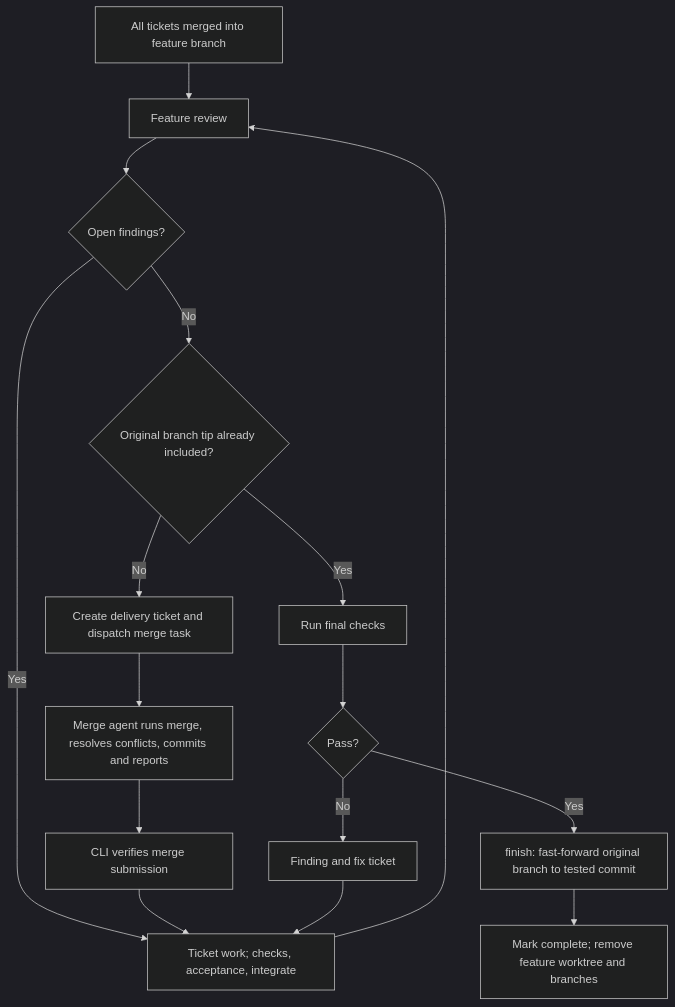
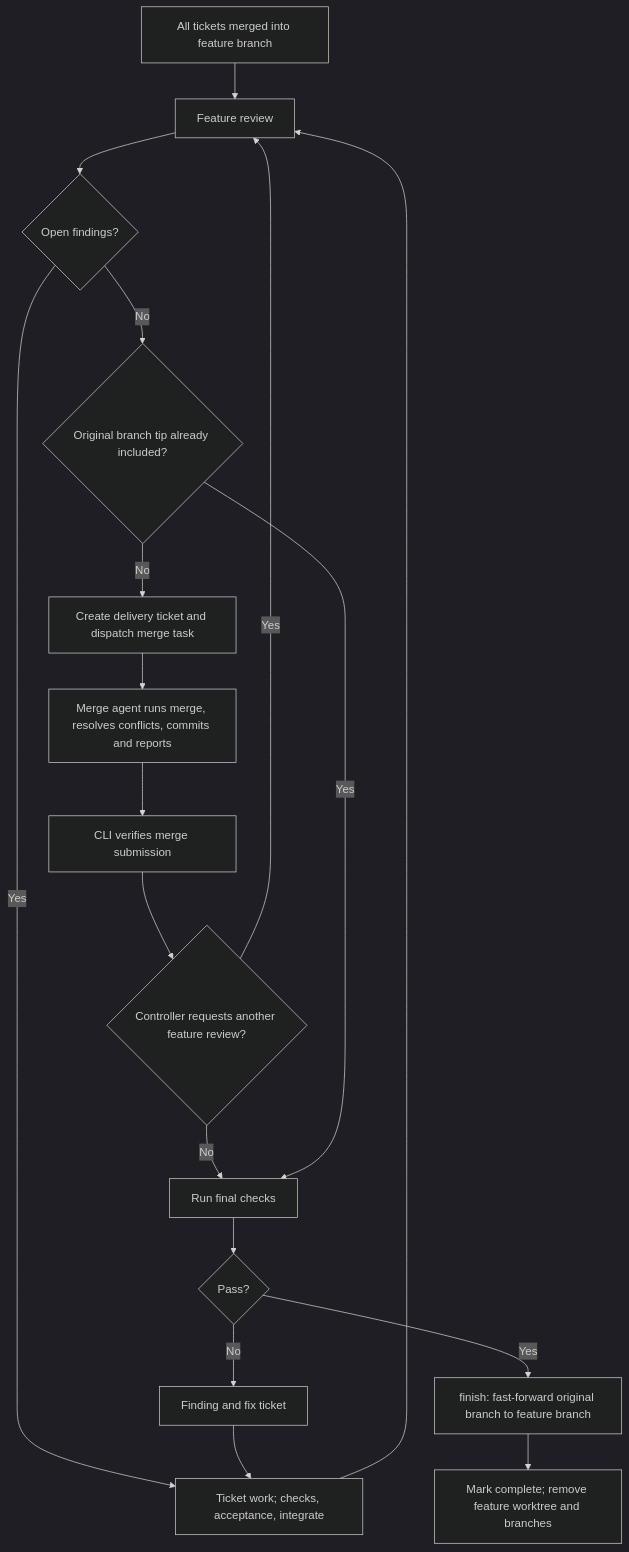
The seventh of 7 diagrams in SDD-WORKFLOWS.md (UseTheFork/spindle), drawn with Mermaid (dark theme) before and after one commit. The commit also changed other lines of this file, not shown here.

````diff
--- a/SDD-WORKFLOWS.md
+++ b/SDD-WORKFLOWS.md
@@ -512,18 +506,20 @@
 ```mermaid
 flowchart TD
     A["All tickets merged into feature branch"] --> B["Feature review"]
     B --> C{"Open findings?"}
     C -->|"Yes"| D["Ticket work; checks, acceptance, integrate"]
     D --> B
     C -->|"No"| E{"Original branch tip already included?"}
     E -->|"No"| M["Create delivery ticket and dispatch merge task"]
     M --> N["Merge agent runs merge, resolves conflicts, commits and reports"]
     N --> O["CLI verifies merge submission"]
-    O --> D
+    O --> P{"Controller requests another feature review?"}
+    P -->|"Yes"| B
+    P -->|"No"| F
     E -->|"Yes"| F["Run final checks"]
     F --> G{"Pass?"}
     G -->|"No"| H["Finding and fix ticket"]
     H --> D
-    G -->|"Yes"| I["finish: fast-forward original branch to tested commit"]
+    G -->|"Yes"| I["finish: fast-forward original branch to feature branch"]
     I --> J["Mark complete; remove feature worktree and branches"]
 ```
````
